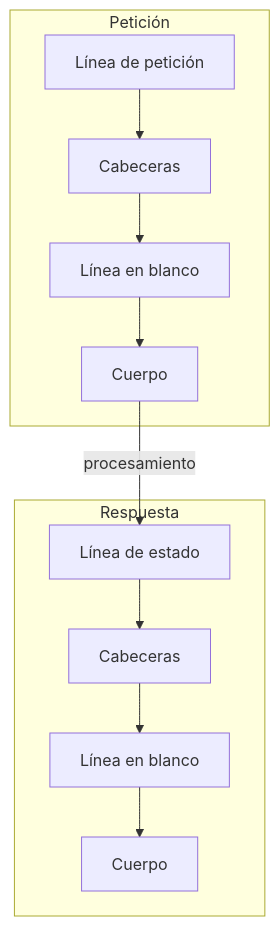
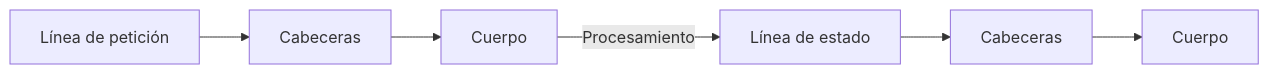
The fourth of 9 diagrams in pentesting-web/01-fundamentos-web-y-http/README.md (purpesec/Cybersecurity-For-Beginners), drawn with Mermaid before and after one commit. The commit also changed other lines of this file and 1 other file, not shown here.

Commit message:
docs: make diagrams horizontal and move cheatsheet to pdf link

````diff
--- a/pentesting-web/01-fundamentos-web-y-http/README.md
+++ b/pentesting-web/01-fundamentos-web-y-http/README.md
@@ -218,20 +185,5 @@
 ```mermaid
-flowchart TB
-    subgraph PETICION["Petición"]
-        RL[Línea de petición]
-        RH[Cabeceras]
-        RB[Línea en blanco]
-        RBody[Cuerpo]
-        RL --> RH --> RB --> RBody
-    end
-
-    subgraph RESPUESTA["Respuesta"]
-        SL[Línea de estado]
-        SH[Cabeceras]
-        SB[Línea en blanco]
-        SBody[Cuerpo]
-        SL --> SH --> SB --> SBody
-    end
-
-    RBody -->|procesamiento| SL
+flowchart LR
+    RL[Línea de petición] --> RH[Cabeceras] --> RBody[Cuerpo]
+    RBody -->|Procesamiento| SL[Línea de estado] --> SH[Cabeceras] --> SBody[Cuerpo]
 ```
````
